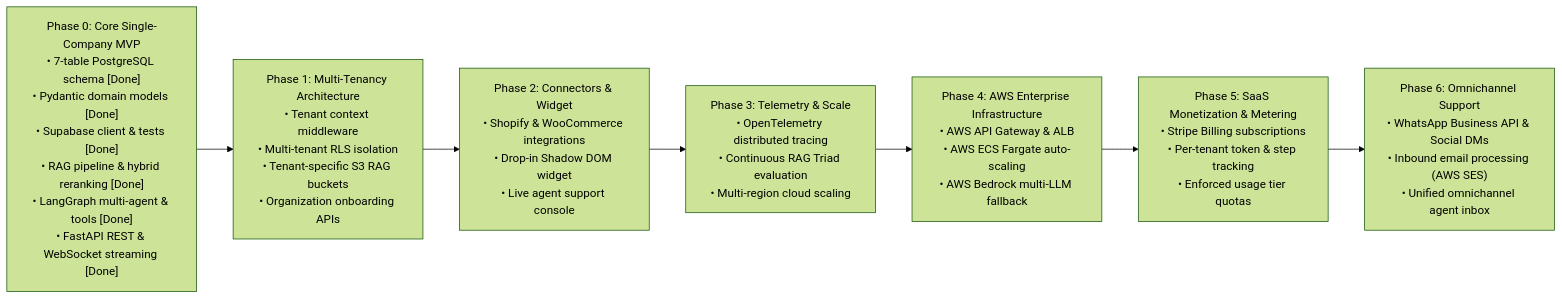
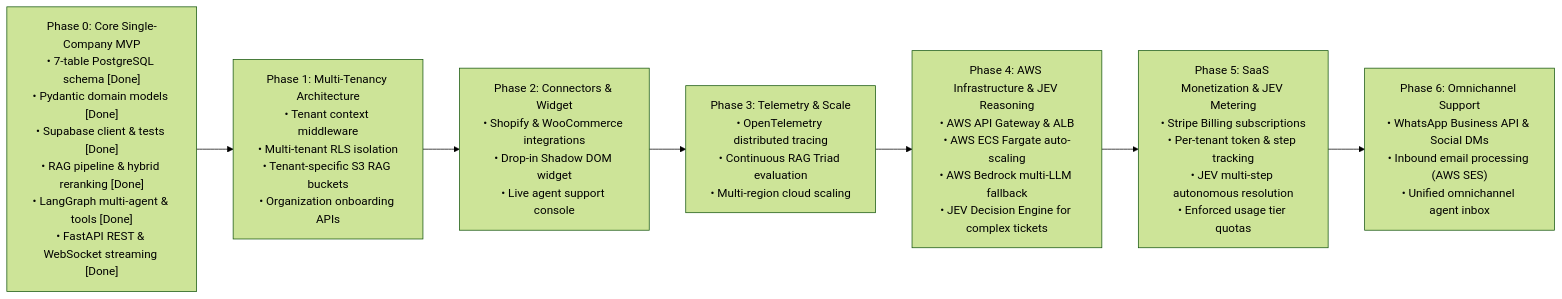
Before and after one commit to princeVerma73/ResolveX: the ninth of 9 diagrams in docs/architecture.md, drawn with Mermaid (forest theme). The commit also changed other lines of this file and 3 other files, not shown here.

````diff
--- a/docs/architecture.md
+++ b/docs/architecture.md
@@ -866,18 +894,18 @@
 ```mermaid
 flowchart LR
     Phase0["Phase 0: Core Single-Company MVP\n• 7-table PostgreSQL schema [Done]\n• Pydantic domain models [Done]\n• Supabase client & tests [Done]\n• RAG pipeline & hybrid reranking [Done]\n• LangGraph multi-agent & tools [Done]\n• FastAPI REST & WebSocket streaming [Done]"]
     
     Phase1["Phase 1: Multi-Tenancy Architecture\n• Tenant context middleware\n• Multi-tenant RLS isolation\n• Tenant-specific S3 RAG buckets\n• Organization onboarding APIs"]
     
     Phase2["Phase 2: Connectors & Widget\n• Shopify & WooCommerce integrations\n• Drop-in Shadow DOM widget\n• Live agent support console"]
     
     Phase3["Phase 3: Telemetry & Scale\n• OpenTelemetry distributed tracing\n• Continuous RAG Triad evaluation\n• Multi-region cloud scaling"]
 
-    Phase4["Phase 4: AWS Enterprise Infrastructure\n• AWS API Gateway & ALB\n• AWS ECS Fargate auto-scaling\n• AWS Bedrock multi-LLM fallback"]
+    Phase4["Phase 4: AWS Infrastructure & JEV Reasoning\n• AWS API Gateway & ALB\n• AWS ECS Fargate auto-scaling\n• AWS Bedrock multi-LLM fallback\n• JEV Decision Engine for complex tickets"]
 
-    Phase5["Phase 5: SaaS Monetization & Metering\n• Stripe Billing subscriptions\n• Per-tenant token & step tracking\n• Enforced usage tier quotas"]
+    Phase5["Phase 5: SaaS Monetization & JEV Metering\n• Stripe Billing subscriptions\n• Per-tenant token & step tracking\n• JEV multi-step autonomous resolution\n• Enforced usage tier quotas"]
 
     Phase6["Phase 6: Omnichannel Support\n• WhatsApp Business API & Social DMs\n• Inbound email processing (AWS SES)\n• Unified omnichannel agent inbox"]
 
     Phase0 --> Phase1 --> Phase2 --> Phase3 --> Phase4 --> Phase5 --> Phase6
 ```
````
